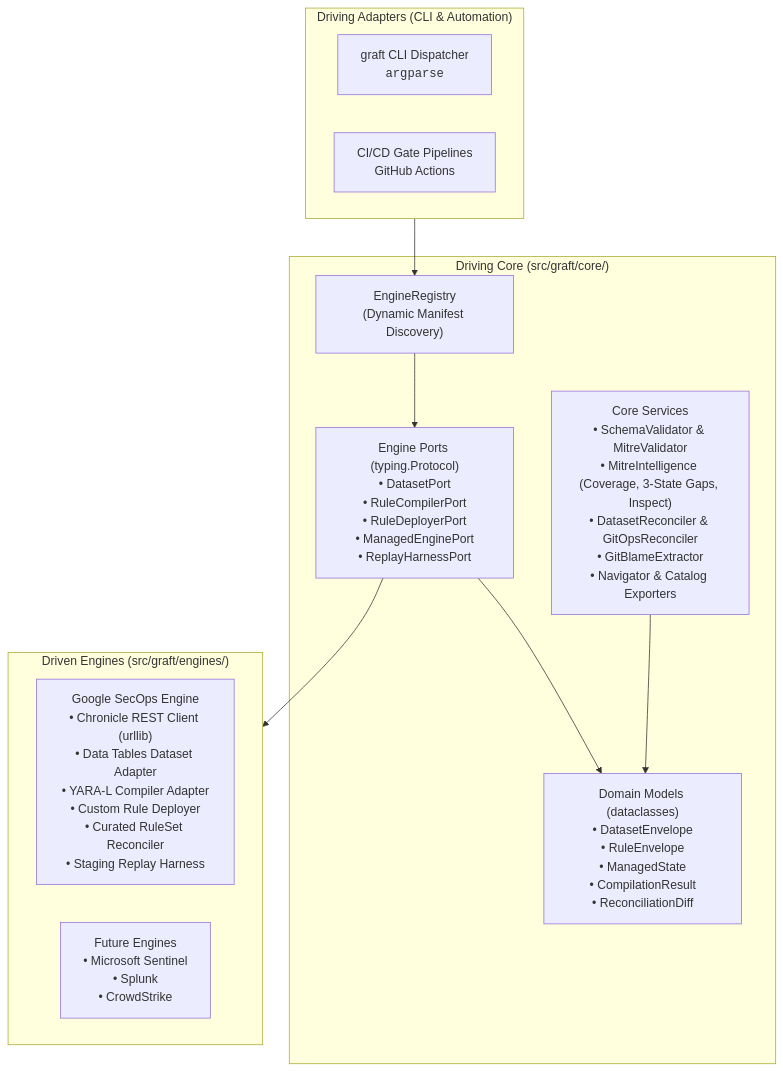
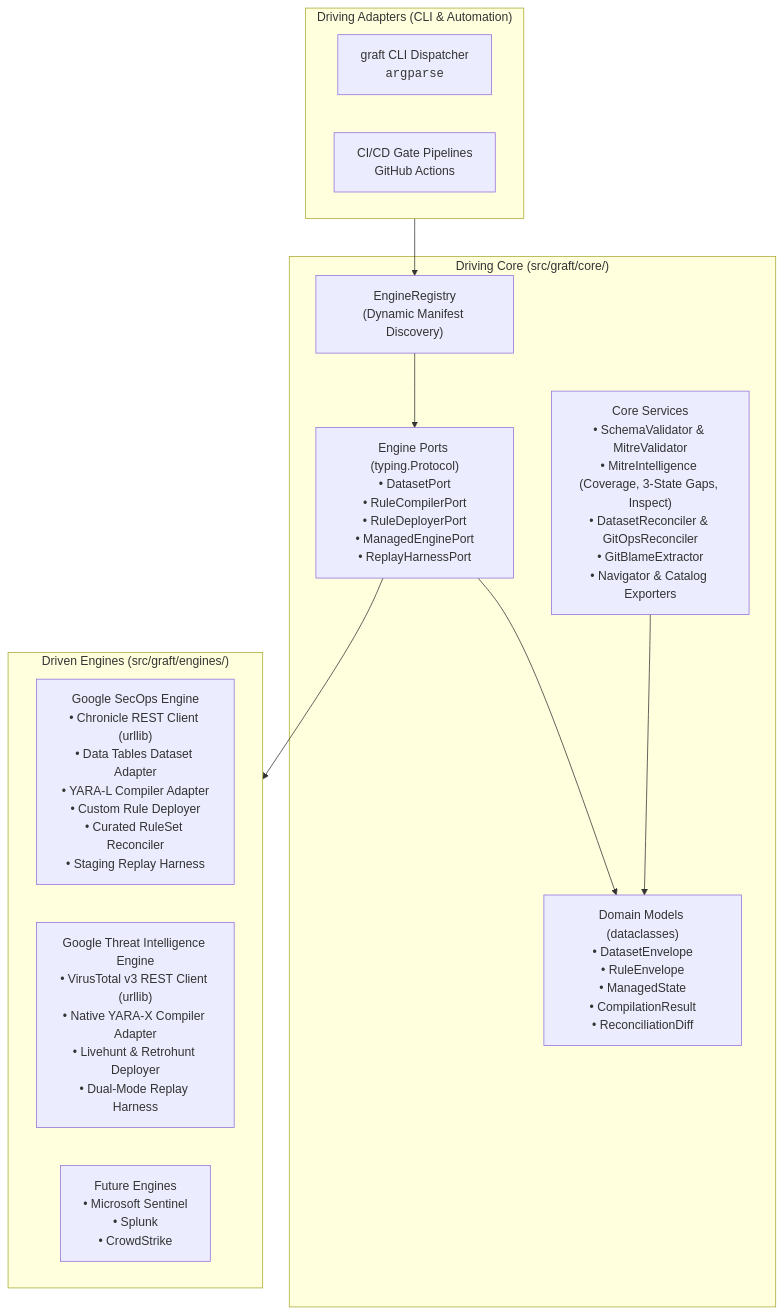
One commit to lopes/graft changed the first of 2 diagrams in docs/architecture.md. Above: the diagram before and after it, drawn with Mermaid. The commit also changed 71 other files, not shown here.

First line of the commit message:
core,gti: decouple base deployment config and add Google Threat Intelligence engine adapter (#57)

````diff
--- a/docs/architecture.md
+++ b/docs/architecture.md
@@ -13,25 +13,26 @@
 ```mermaid
 flowchart TD
     subgraph DrivingAdapters["Driving Adapters (CLI & Automation)"]
         CLI["graft CLI Dispatcher<br/><code>argparse</code>"]
         CI["CI/CD Gate Pipelines<br/>GitHub Actions"]
     end
 
     subgraph DrivingCore["Driving Core (src/graft/core/)"]
         PORTS["Engine Ports (typing.Protocol)<br/>• DatasetPort<br/>• RuleCompilerPort<br/>• RuleDeployerPort<br/>• ManagedEnginePort<br/>• ReplayHarnessPort"]
         MODELS["Domain Models (dataclasses)<br/>• DatasetEnvelope<br/>• RuleEnvelope<br/>• ManagedState<br/>• CompilationResult<br/>• ReconciliationDiff"]
         SERVICES["Core Services<br/>• SchemaValidator &amp; MitreValidator<br/>• MitreIntelligence (Coverage, 3-State Gaps, Inspect)<br/>• DatasetReconciler &amp; GitOpsReconciler<br/>• GitBlameExtractor<br/>• Navigator &amp; Catalog Exporters"]
         REGISTRY["EngineRegistry<br/>(Dynamic Manifest Discovery)"]
     end
 
     subgraph DrivenEngines["Driven Engines (src/graft/engines/)"]
         SECOPS["Google SecOps Engine<br/>• Chronicle REST Client (urllib)<br/>• Data Tables Dataset Adapter<br/>• YARA-L Compiler Adapter<br/>• Custom Rule Deployer<br/>• Curated RuleSet Reconciler<br/>• Staging Replay Harness"]
+        GTI["Google Threat Intelligence Engine<br/>• VirusTotal v3 REST Client (urllib)<br/>• Native YARA-X Compiler Adapter<br/>• Livehunt &amp; Retrohunt Deployer<br/>• Dual-Mode Replay Harness"]
         FUTURE["Future Engines<br/>• Microsoft Sentinel<br/>• Splunk<br/>• CrowdStrike"]
     end
 
     DrivingAdapters --> REGISTRY
     REGISTRY --> PORTS
     PORTS --> MODELS
     SERVICES --> MODELS
     PORTS --> DrivenEngines
 ```
````
